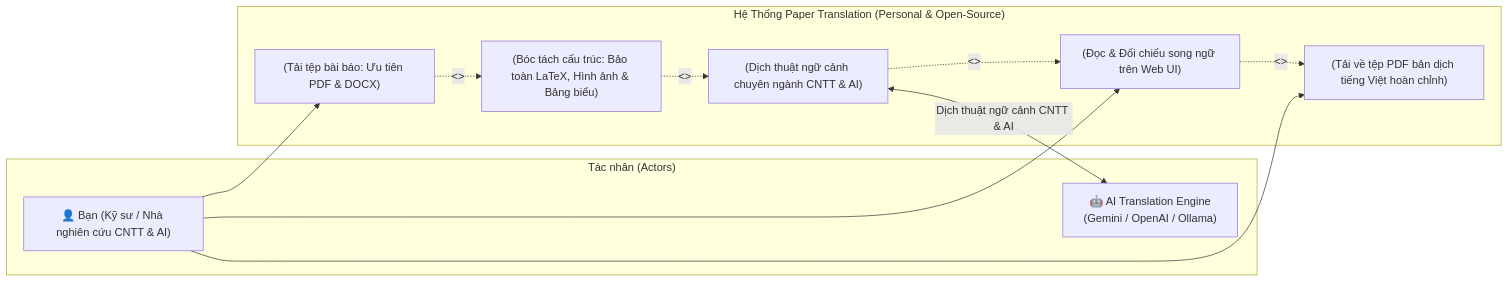
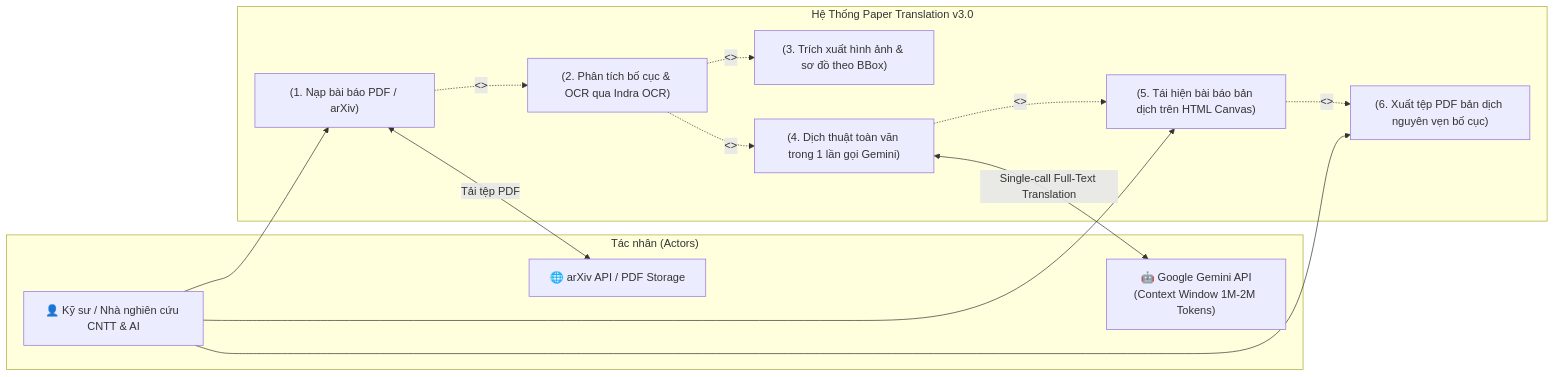
The first of 2 diagrams in docs/architecture/01-system-context.md (phamvantienkiz/paper-translation), drawn with Mermaid before and after one commit. The commit also changed other lines of this file and 23 other files, not shown here.

````diff
--- a/docs/architecture/01-system-context.md
+++ b/docs/architecture/01-system-context.md
@@ -38,26 +37,29 @@
 ```mermaid
 flowchart LR
     subgraph Actors ["Tác nhân (Actors)"]
-        User["👤 Bạn (Kỹ sư / Nhà nghiên cứu CNTT & AI)"]
-        LLM["🤖 AI Translation Engine<br>(Gemini / OpenAI / Ollama)"]
+        User["👤 Kỹ sư / Nhà nghiên cứu CNTT & AI"]
+        GeminiAPI["🤖 Google Gemini API<br>(Context Window 1M-2M Tokens)"]
+        ArxivAPI["🌐 arXiv API / PDF Storage"]
     end
 
-    subgraph SystemBoundary ["Hệ Thống Paper Translation (Personal & Open-Source)"]
-        UC1["(Tải tệp bài báo: Ưu tiên PDF & DOCX)"]
-        UC2["(Bóc tách cấu trúc: Bảo toàn LaTeX, Hình ảnh & Bảng biểu)"]
-        UC3["(Dịch thuật ngữ cảnh chuyên ngành CNTT & AI)"]
-        UC4["(Đọc & Đối chiếu song ngữ trên Web UI)"]
-        UC5["(Tải về tệp PDF bản dịch tiếng Việt hoàn chỉnh)"]
+    subgraph SystemBoundary ["Hệ Thống Paper Translation v3.0"]
+        UC1["(1. Nạp bài báo PDF / arXiv)"]
+        UC2["(2. Phân tích bố cục & OCR qua Indra OCR)"]
+        UC3["(3. Trích xuất hình ảnh & sơ đồ theo BBox)"]
+        UC4["(4. Dịch thuật toàn văn trong 1 lần gọi Gemini)"]
+        UC5["(5. Tái hiện bài báo bản dịch trên HTML Canvas)"]
+        UC6["(6. Xuất tệp PDF bản dịch nguyên vẹn bố cục)"]
 
         UC1 -.->|<<include>>| UC2
         UC2 -.->|<<include>>| UC3
-        UC3 -.->|<<include>>| UC4
-        UC4 -.->|<<extend>>| UC5
+        UC2 -.->|<<include>>| UC4
+        UC4 -.->|<<include>>| UC5
+        UC5 -.->|<<extend>>| UC6
     end
 
     User --> UC1
-    User --> UC4
     User --> UC5
-
-    UC3 <-->|Dịch thuật ngữ cảnh CNTT & AI| LLM
+    User --> UC6
+    UC1 <-->|Tải tệp PDF| ArxivAPI
+    UC4 <-->|Single-call Full-Text Translation| GeminiAPI
 ```
````
